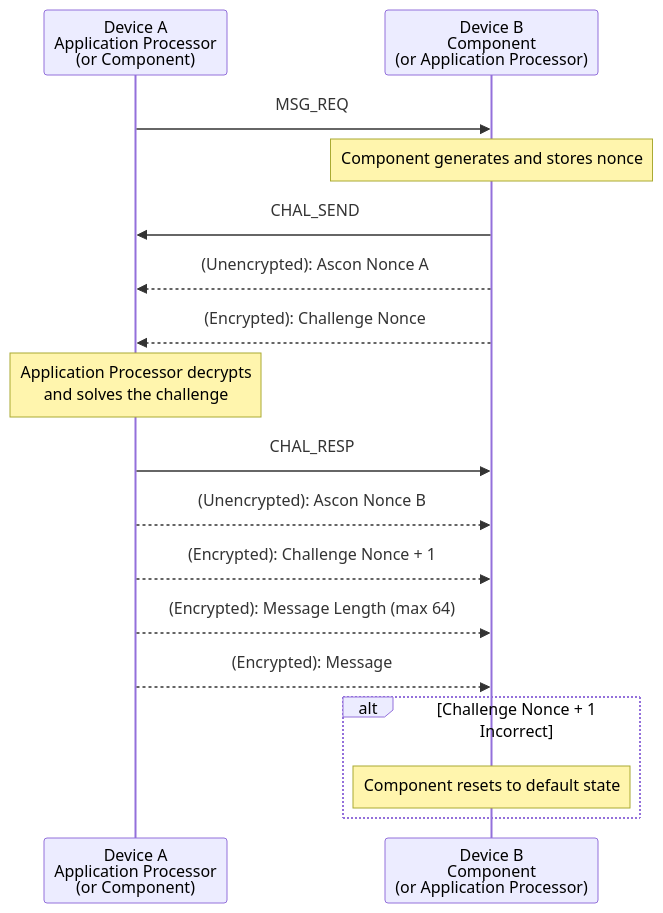
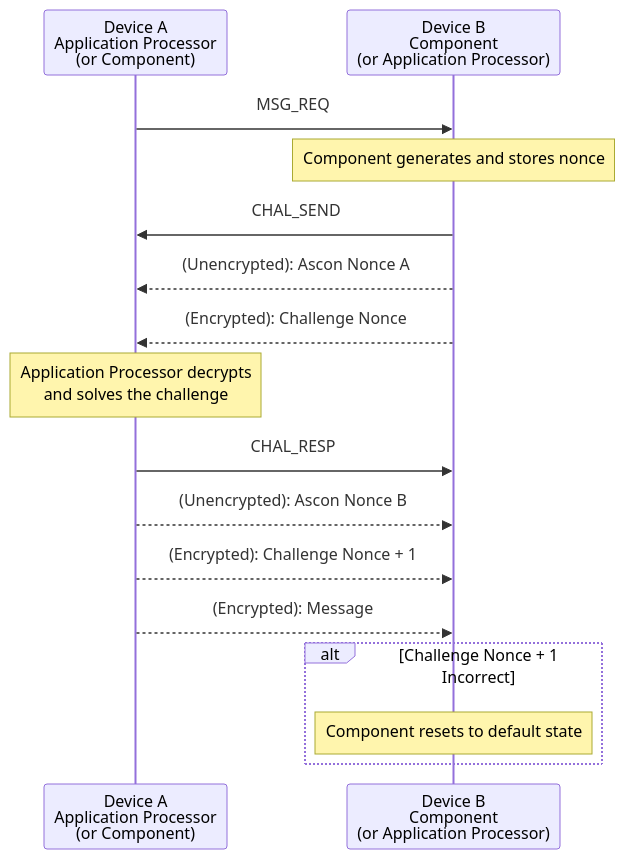
One commit to sigpwny/2024-ectf-uiuc changed the diagram in docs/hide_protocol.md. Above: the diagram before and after it, drawn with Mermaid. The commit also changed other lines of this file, not shown here.

````diff
--- a/docs/hide_protocol.md
+++ b/docs/hide_protocol.md
@@ -8,25 +8,24 @@
 ```mermaid
 sequenceDiagram
 participant AP as Device A<br />Application Processor<br />(or Component)
 participant C as Device B<br />Component<br />(or Application Processor)
 
 AP ->> C: MSG_REQ
 
 Note over C: Component generates and stores nonce
 
 C ->> AP: CHAL_SEND
 C -->> AP: (Unencrypted): Ascon Nonce A
 C -->> AP: (Encrypted): Challenge Nonce
 
 Note over AP: Application Processor decrypts <br/>and solves the challenge
 
 AP ->> C: CHAL_RESP
 AP -->> C: (Unencrypted): Ascon Nonce B
 AP -->> C: (Encrypted): Challenge Nonce + 1
-AP -->> C: (Encrypted): Message Length (max 64)
 AP -->> C: (Encrypted): Message
 
 alt Challenge Nonce + 1 Incorrect
 	Note over C: Component resets to default state
 end
 ```
````
